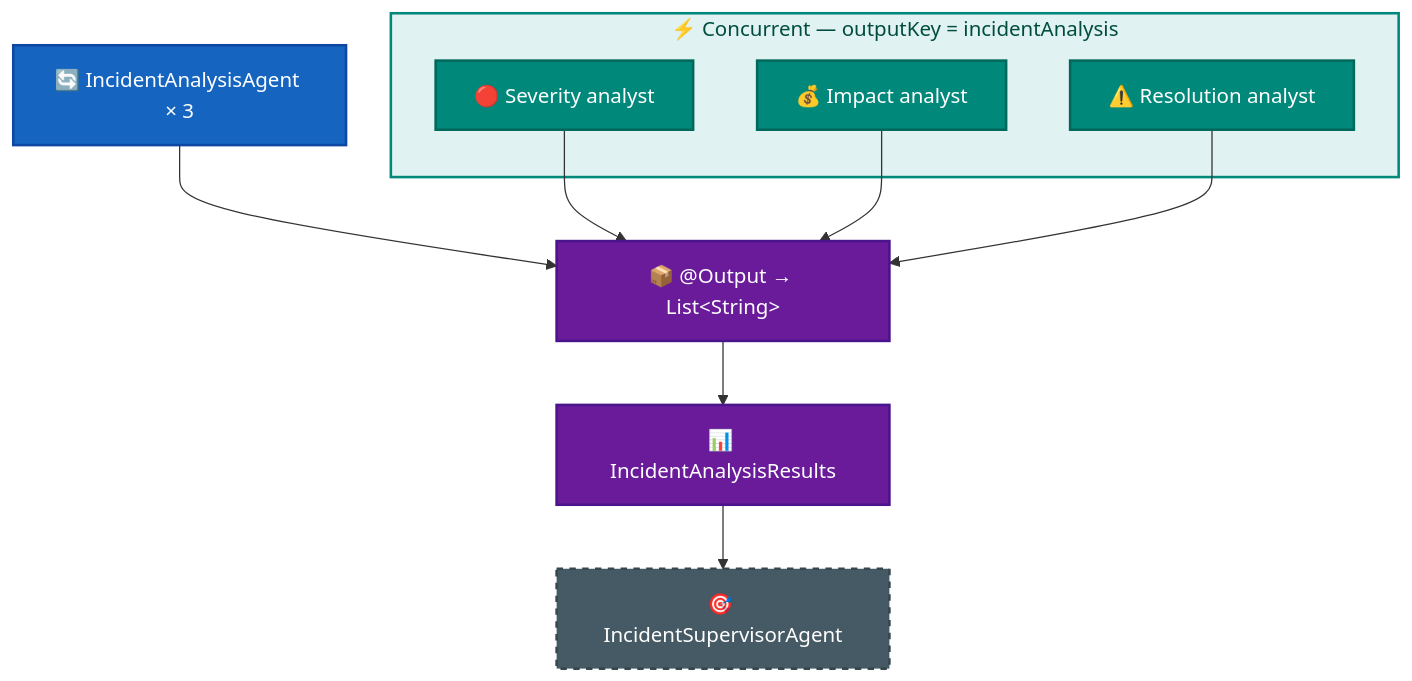
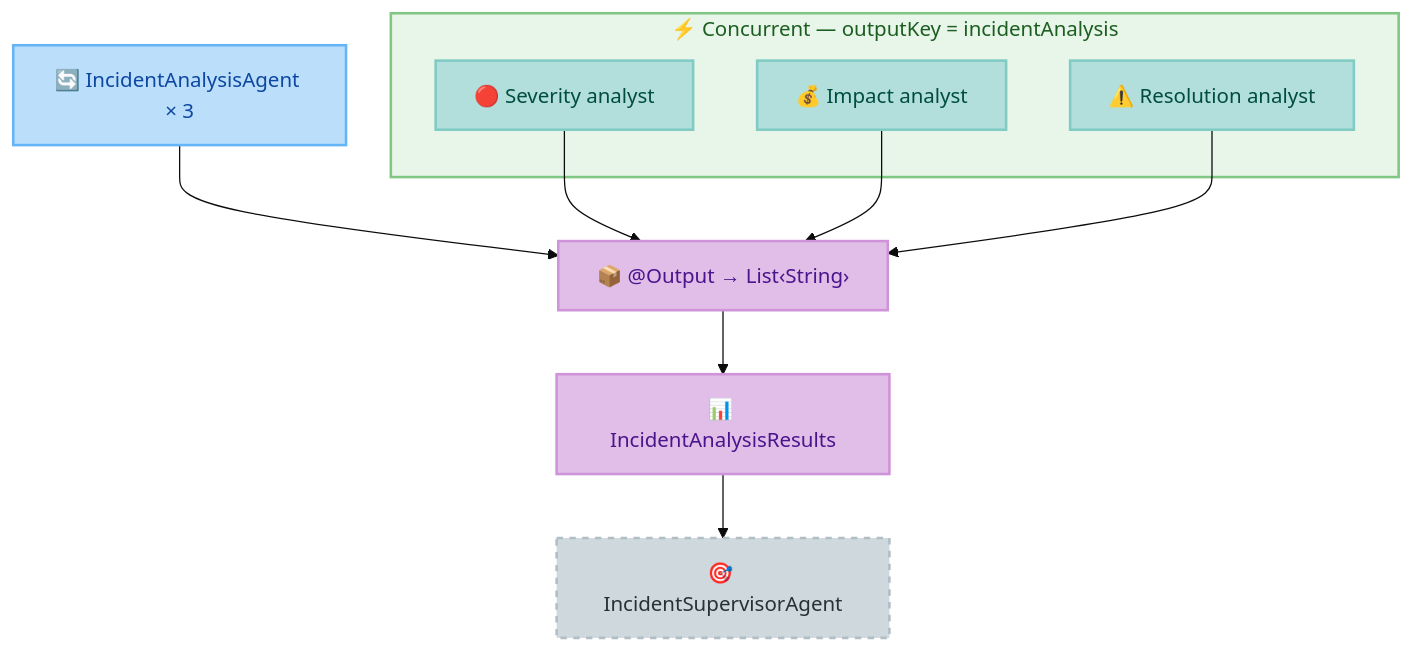
One commit to danieloh30/techxchange-2026-quarkus-bob-lab changed the diagram in docs/03-parallel-workflow/START_HERE.md. Above: the diagram before and after it, drawn with Mermaid. The commit also changed 7 other files, not shown here.

First line of the commit message:
style(docs): redesign all Mermaid charts with light pastel palette

````diff
--- a/docs/03-parallel-workflow/START_HERE.md
+++ b/docs/03-parallel-workflow/START_HERE.md
@@ -28,26 +28,27 @@
 ```mermaid
+%%{init: {'theme': 'base', 'themeVariables': {'fontSize': '16px', 'fontFamily': 'Inter, system-ui, sans-serif'}}}%%
 flowchart TD
     A["🔄 IncidentAnalysisAgent × 3"]:::workflow
-    B["📦 @Output → List&lt;String&gt;"]:::output
+    B["📦 @Output → List‹String›"]:::output
     C["📊 IncidentAnalysisResults"]:::output
     D["🎯 IncidentSupervisorAgent"]:::next
 
     A --> B --> C --> D
 
     subgraph parallel["⚡ Concurrent — outputKey = incidentAnalysis"]
         A1["🔴 Severity analyst"]:::agent
         A2["💰 Impact analyst"]:::agent
         A3["⚠️ Resolution analyst"]:::agent
     end
 
     A1 --> B
     A2 --> B
     A3 --> B
 
-    classDef workflow fill:#1565c0,stroke:#0d47a1,color:#fff,stroke-width:2px
-    classDef agent fill:#00897b,stroke:#00695c,color:#fff,stroke-width:2px
-    classDef output fill:#6a1b9a,stroke:#4a148c,color:#fff,stroke-width:2px
-    classDef next fill:#455a64,stroke:#37474f,color:#fff,stroke-width:2px,stroke-dasharray:5
+    classDef workflow fill:#bbdefb,stroke:#64b5f6,color:#0d47a1,stroke-width:2px
+    classDef agent fill:#b2dfdb,stroke:#80cbc4,color:#004d40,stroke-width:2px
+    classDef output fill:#e1bee7,stroke:#ce93d8,color:#4a148c,stroke-width:2px
+    classDef next fill:#cfd8dc,stroke:#b0bec5,color:#263238,stroke-width:2px,stroke-dasharray:5
 
-    style parallel fill:#e0f2f1,stroke:#00897b,stroke-width:2px,color:#004d40
+    style parallel fill:#e8f5e9,stroke:#81c784,stroke-width:2px,color:#1b5e20
 ```
````
